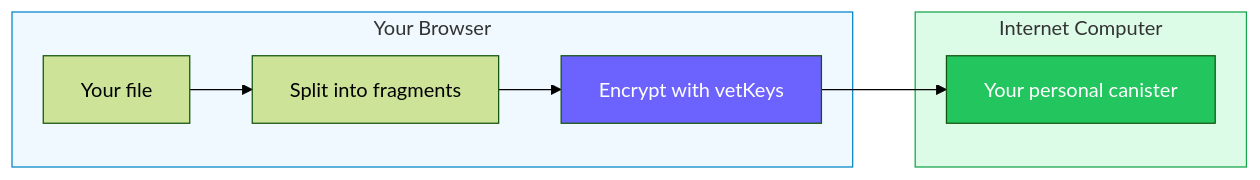
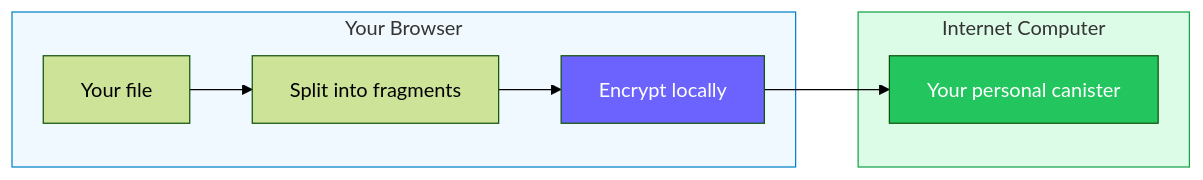
Before and after one commit to rabbithole-app/v2: the diagram in apps/docs/src/en/getting-started/introduction.md, drawn with Mermaid (forest theme). The commit also changed other lines of this file and 60 other files, not shown here.

````diff
--- a/apps/docs/src/en/getting-started/introduction.md
+++ b/apps/docs/src/en/getting-started/introduction.md
@@ -64,14 +41,14 @@
 ```mermaid
 flowchart LR
     subgraph YB["Your Browser"]
         A[Your file] --> B[Split into fragments]
-        B --> C[Encrypt with vetKeys]
+        B --> C[Encrypt locally]
     end
     subgraph BC["Internet Computer"]
         C --> D[Your personal canister]
     end
     style YB fill:#f0f9ff,stroke:#0284c7
     style BC fill:#dcfce7,stroke:#16a34a
     style C fill:#6c63ff,color:#fff
     style D fill:#22c55e,color:#fff
 ```
````
